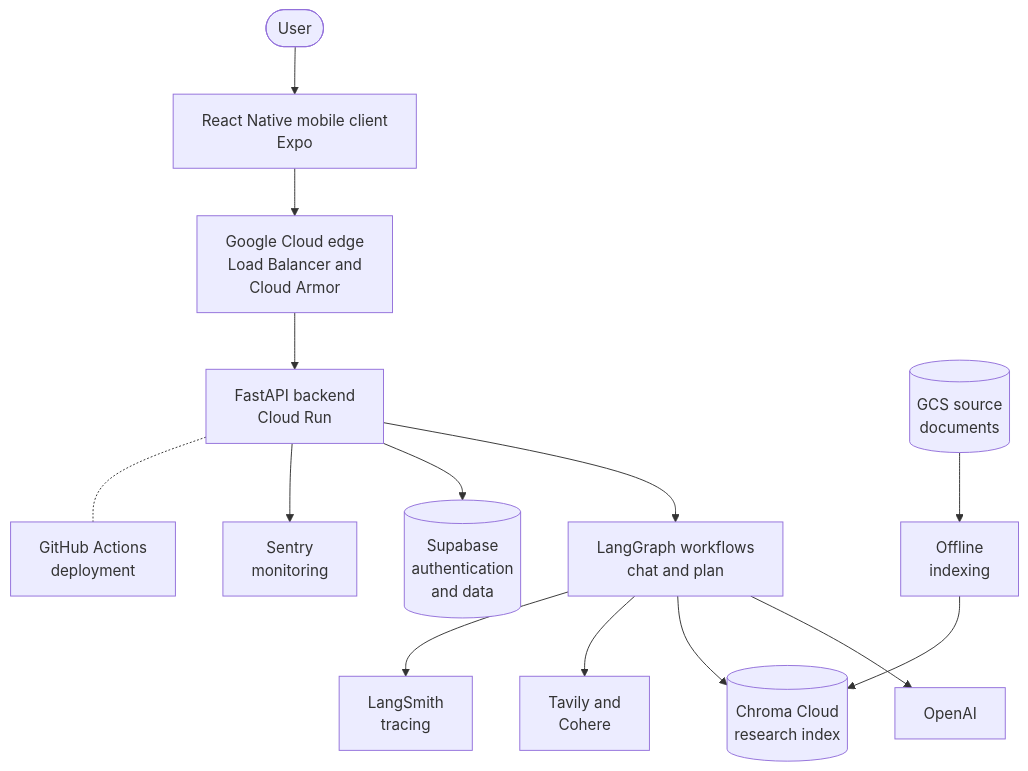
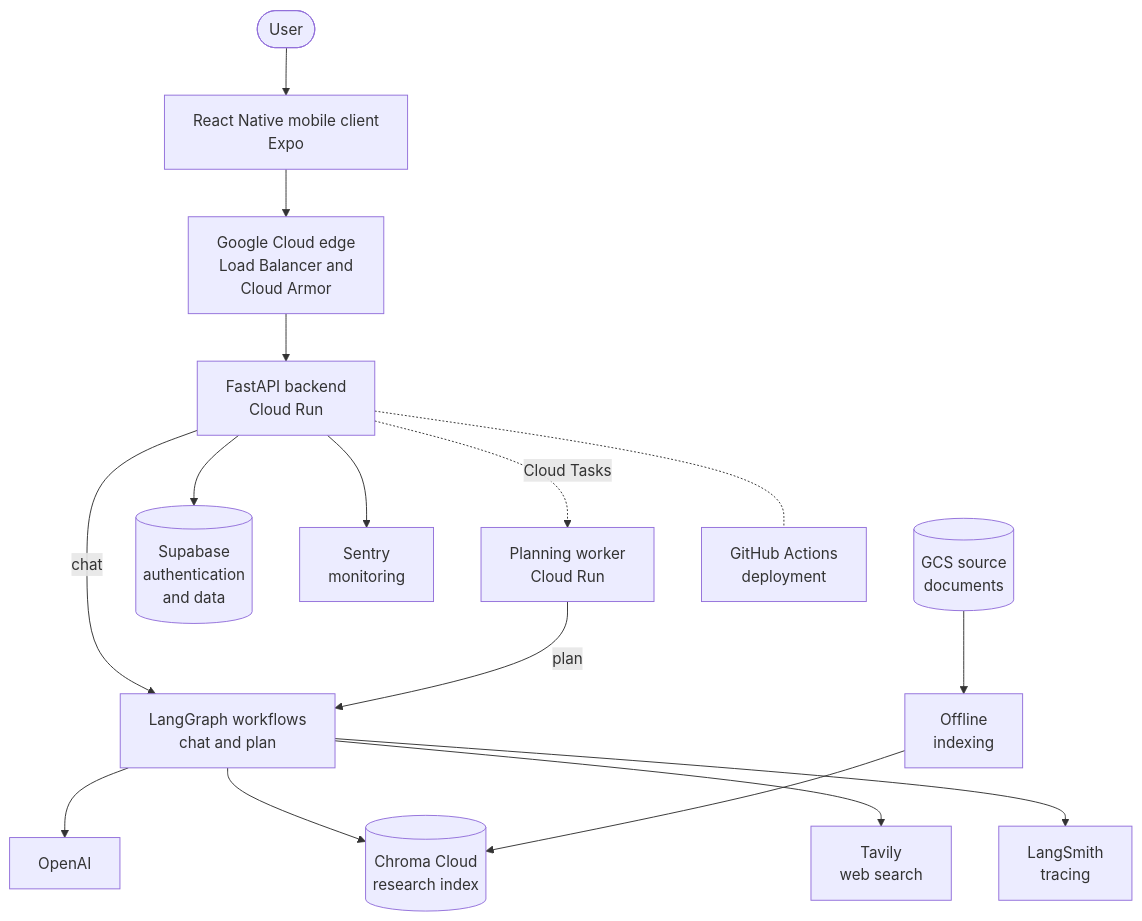
One commit to xurichard19/strength-and-conditioning-rag changed the first of 5 diagrams in README.md. Above: the diagram before and after it, drawn with Mermaid. The commit also changed other lines of this file and 32 other files, not shown here.

First line of the commit message:
Add plan manager and floating chat

````diff
--- a/README.md
+++ b/README.md
@@ -25,16 +25,18 @@
 ```mermaid
 flowchart TB
     User(["User"]) --> FE["React Native mobile client<br/>Expo"]
     FE --> Edge["Google Cloud edge<br/>Load Balancer and<br/>Cloud Armor"]
     Edge --> API["FastAPI backend<br/>Cloud Run"]
-    API --> Workflows["LangGraph workflows<br/>chat and plan"]
+    API -->|chat| Workflows["LangGraph workflows<br/>chat and plan"]
+    API -.->|Cloud Tasks| Worker["Planning worker<br/>Cloud Run"]
+    Worker -->|plan| Workflows
     API --> Supabase[("Supabase<br/>authentication<br/>and data")]
     API --> Sentry["Sentry<br/>monitoring"]
     Workflows --> OpenAI["OpenAI"]
     Workflows --> Chroma[("Chroma Cloud<br/>research index")]
-    Workflows --> SearchServices["Tavily and<br/>Cohere"]
+    Workflows --> SearchServices["Tavily<br/>web search"]
     Workflows --> LangSmith["LangSmith<br/>tracing"]
     Docs[("GCS source<br/>documents")] --> Index["Offline<br/>indexing"]
     Index --> Chroma
     API -.- ci["GitHub Actions<br/>deployment"]
 ```
````
